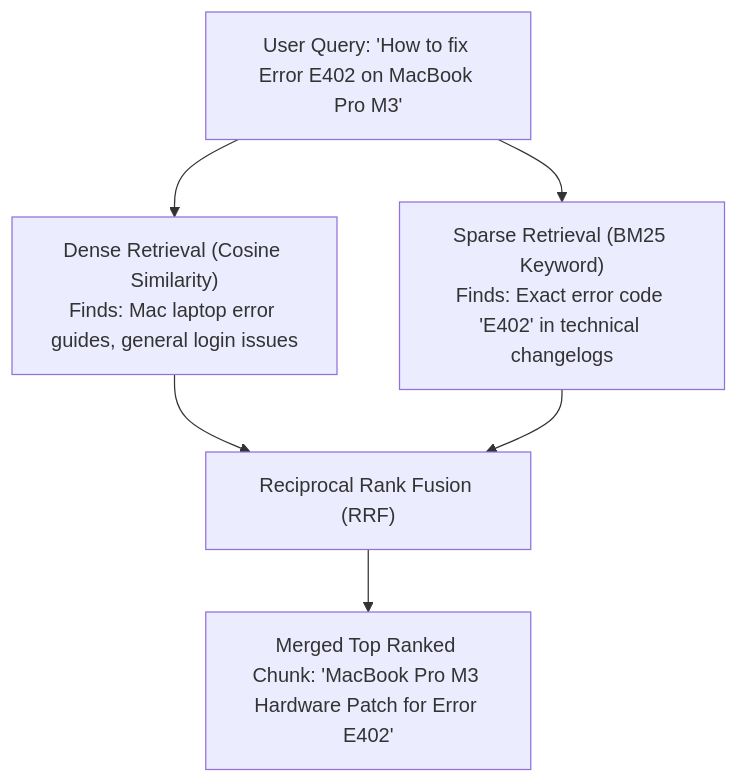
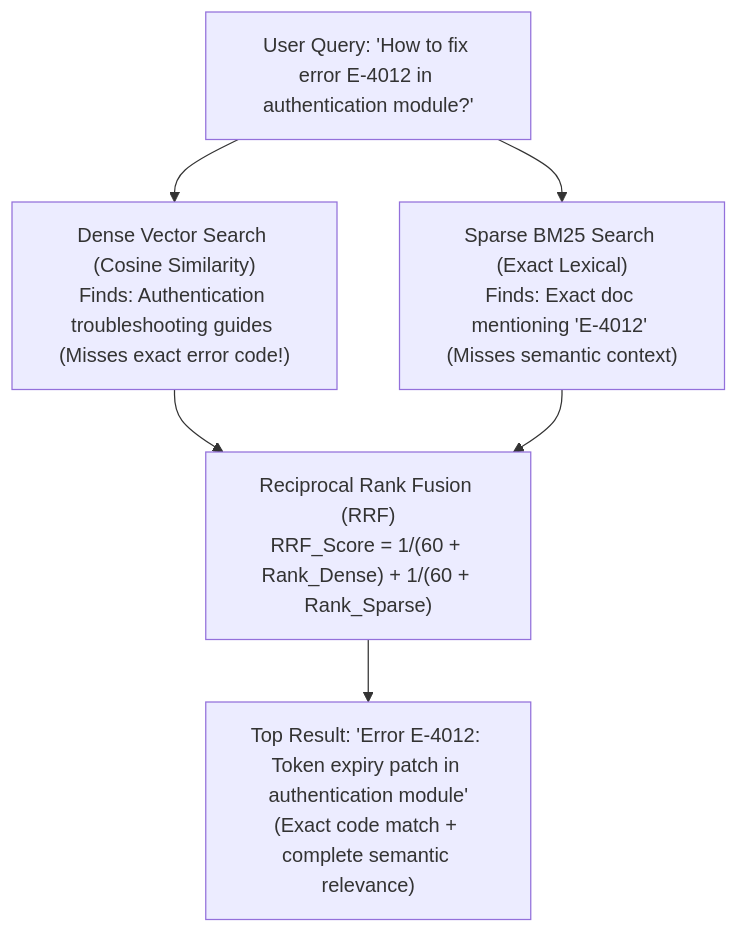
One commit to Nishant8826/theory-leaning changed the tenth of 31 diagrams in RAG/01_RAG_30_Questions.md. Above: the diagram before and after it, drawn with Mermaid. The commit also changed other lines of this file and 2 other files, not shown here.

````diff
--- a/RAG/01_RAG_30_Questions.md
+++ b/RAG/01_RAG_30_Questions.md
@@ -650,12 +585,12 @@
 ```mermaid
 flowchart TD
-    Q["User Query: 'How to fix Error E402 on MacBook Pro M3'"]
+    Q["User Query: 'How to fix error E-4012 in authentication module?'"]
     
-    Q --> Dense["Dense Retrieval (Cosine Similarity)<br/>Finds: Mac laptop error guides, general login issues"]
-    Q --> Sparse["Sparse Retrieval (BM25 Keyword)<br/>Finds: Exact error code 'E402' in technical changelogs"]
+    Q --> Dense["Dense Vector Search (Cosine Similarity)<br/>Finds: Authentication troubleshooting guides (Misses exact error code!)"]
+    Q --> Sparse["Sparse BM25 Search (Exact Lexical)<br/>Finds: Exact doc mentioning 'E-4012' (Misses semantic context)"]
     
-    Dense --> RRF["Reciprocal Rank Fusion (RRF)"]
+    Dense --> RRF["Reciprocal Rank Fusion (RRF)<br/>RRF_Score = 1/(60 + Rank_Dense) + 1/(60 + Rank_Sparse)"]
     Sparse --> RRF
     
-    RRF --> Best["Merged Top Ranked Chunk: 'MacBook Pro M3 Hardware Patch for Error E402'"]
+    RRF --> OUT["Top Result: 'Error E-4012: Token expiry patch in authentication module'<br/>(Exact code match + complete semantic relevance)"]
 ```
````
